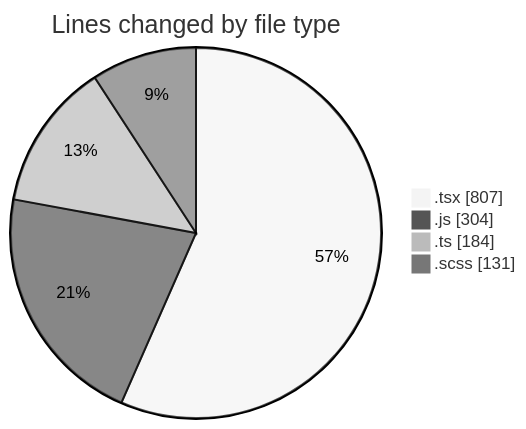
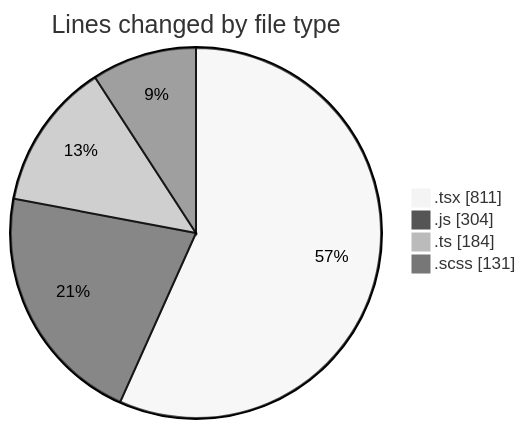
One commit to momahboobian/code-tracking changed the first of 2 diagrams in 2025-02-26/cda/README.md. Above: the diagram before and after it, drawn with Mermaid (neutral theme). The commit also changed other lines of this file and 1 other file, not shown here.

````diff
--- a/2025-02-26/cda/README.md
+++ b/2025-02-26/cda/README.md
@@ -37,8 +37,8 @@
 ```mermaid
 pie showData
 title Lines changed by file type
-".tsx" : 807
+".tsx" : 811
 ".js" : 304
 ".ts" : 184
 ".scss" : 131
 ```
````
